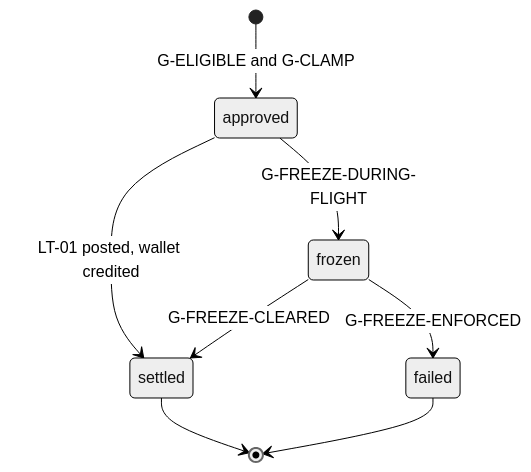
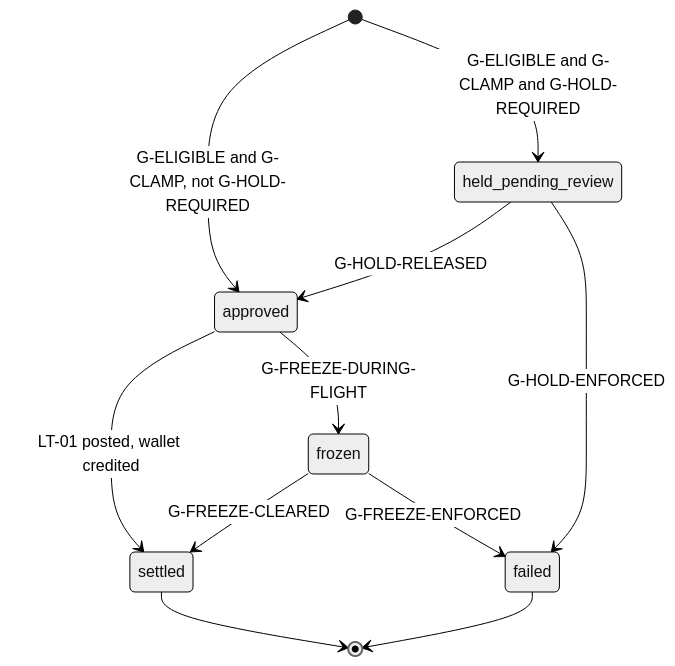
One commit to lam2-coder/meritfutures changed the second of 10 diagrams in docs/architecture/STATE_MACHINES.md. Above: the diagram before and after it, drawn with Mermaid (neutral theme). The commit also changed other lines of this file and 10 other files, not shown here.

````diff
--- a/docs/architecture/STATE_MACHINES.md
+++ b/docs/architecture/STATE_MACHINES.md
@@ -76,10 +76,13 @@
 ```mermaid
 stateDiagram-v2
-    [*] --> approved: G-ELIGIBLE and G-CLAMP
+    [*] --> approved: G-ELIGIBLE and G-CLAMP, not G-HOLD-REQUIRED
+    [*] --> held_pending_review: G-ELIGIBLE and G-CLAMP and G-HOLD-REQUIRED
+    held_pending_review --> approved: G-HOLD-RELEASED
+    held_pending_review --> failed: G-HOLD-ENFORCED
     approved --> settled: LT-01 posted, wallet credited
     approved --> frozen: G-FREEZE-DURING-FLIGHT
     frozen --> settled: G-FREEZE-CLEARED
     frozen --> failed: G-FREEZE-ENFORCED
     settled --> [*]
     failed --> [*]
 ```
````
